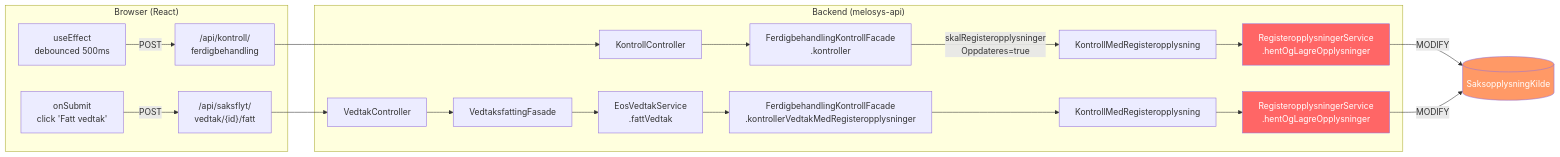
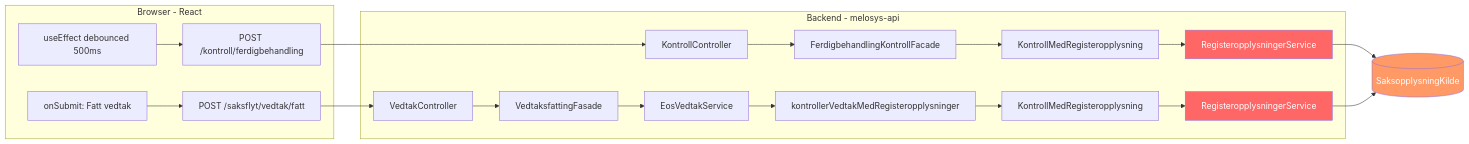
The first of 11 diagrams in docs/reports/saksopplysningkilde-complete-fix-2026-02-25.md (navikt/melosys-e2e-tests), drawn with Mermaid before and after one commit. The commit also changed other lines of this file, not shown here.

First line of the commit message:
Fiks Mermaid-diagrammer for GitHub-kompatibilitet

````diff
--- a/docs/reports/saksopplysningkilde-complete-fix-2026-02-25.md
+++ b/docs/reports/saksopplysningkilde-complete-fix-2026-02-25.md
@@ -30,28 +30,28 @@
 ```mermaid
 graph LR
-    subgraph "Browser (React)"
-        A[useEffect<br/>debounced 500ms] -->|POST| K["/api/kontroll/<br/>ferdigbehandling"]
-        B[onSubmit<br/>click 'Fatt vedtak'] -->|POST| V["/api/saksflyt/<br/>vedtak/{id}/fatt"]
+    subgraph browser ["Browser - React"]
+        A["useEffect debounced 500ms"] --> K["POST /kontroll/ferdigbehandling"]
+        B["onSubmit: Fatt vedtak"] --> V["POST /saksflyt/vedtak/fatt"]
     end
 
-    subgraph "Backend (melosys-api)"
-        K --> KC[KontrollController]
-        KC --> FKF[FerdigbehandlingKontrollFacade<br/>.kontroller]
-        FKF -->|skalRegisteropplysninger<br/>Oppdateres=true| KMR[KontrollMedRegisteropplysning]
-        KMR --> RS1[RegisteropplysningerService<br/>.hentOgLagreOpplysninger]
+    subgraph backend ["Backend - melosys-api"]
+        K --> KC["KontrollController"]
+        KC --> FKF["FerdigbehandlingKontrollFacade"]
+        FKF --> KMR["KontrollMedRegisteropplysning"]
+        KMR --> RS1["RegisteropplysningerService"]
 
-        V --> VC[VedtakController]
-        VC --> VF[VedtaksfattingFasade]
-        VF --> EVS[EosVedtakService<br/>.fattVedtak]
-        EVS --> FKF2[FerdigbehandlingKontrollFacade<br/>.kontrollerVedtakMedRegisteropplysninger]
-        FKF2 --> KMR2[KontrollMedRegisteropplysning]
-        KMR2 --> RS2[RegisteropplysningerService<br/>.hentOgLagreOpplysninger]
+        V --> VC["VedtakController"]
+        VC --> VF["VedtaksfattingFasade"]
+        VF --> EVS["EosVedtakService"]
+        EVS --> FKF2["kontrollerVedtakMedRegisteropplysninger"]
+        FKF2 --> KMR2["KontrollMedRegisteropplysning"]
+        KMR2 --> RS2["RegisteropplysningerService"]
     end
 
-    RS1 -->|MODIFY| DB[(SaksopplysningKilde)]
-    RS2 -->|MODIFY| DB
+    RS1 --> DB[("SaksopplysningKilde")]
+    RS2 --> DB
 
     style RS1 fill:#f66,color:#fff
     style RS2 fill:#f66,color:#fff
     style DB fill:#f96,color:#fff
 ```
````
